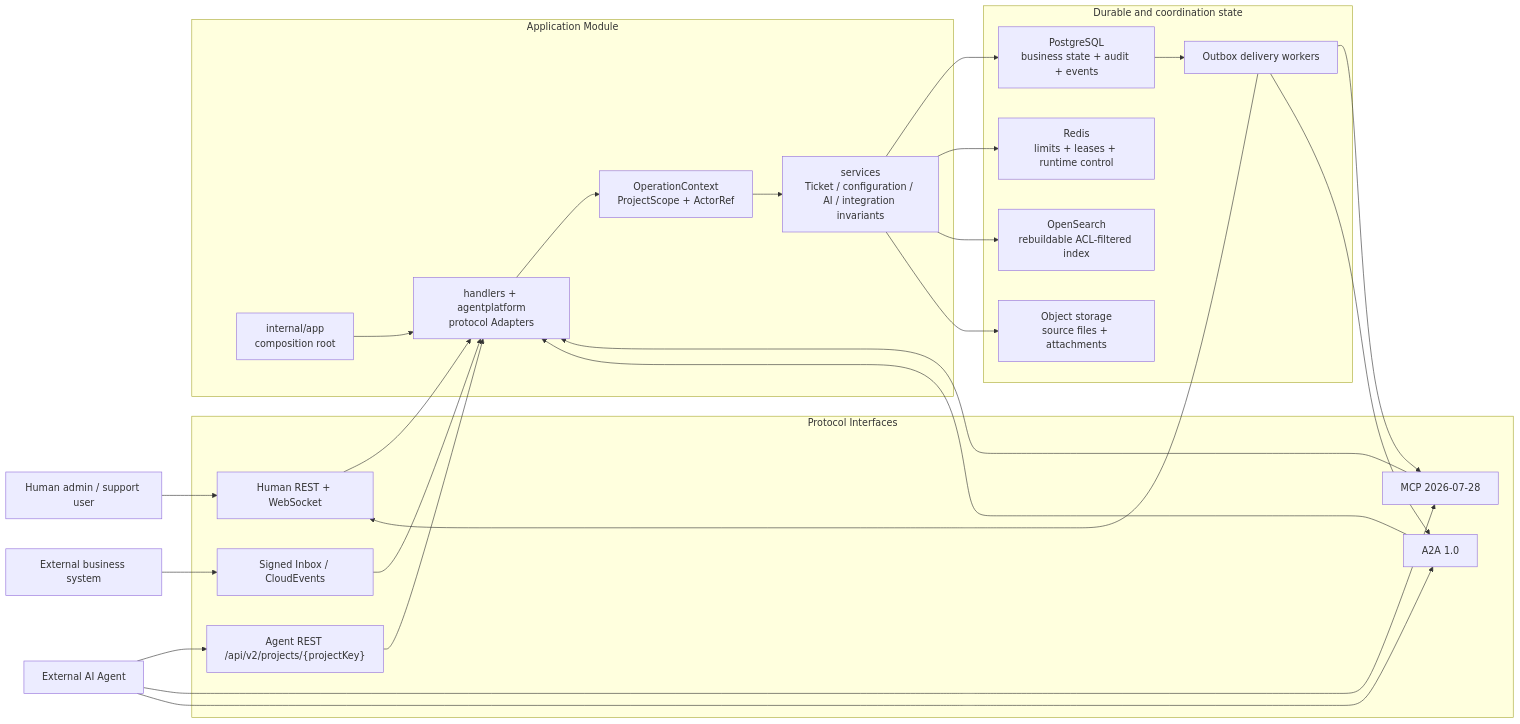
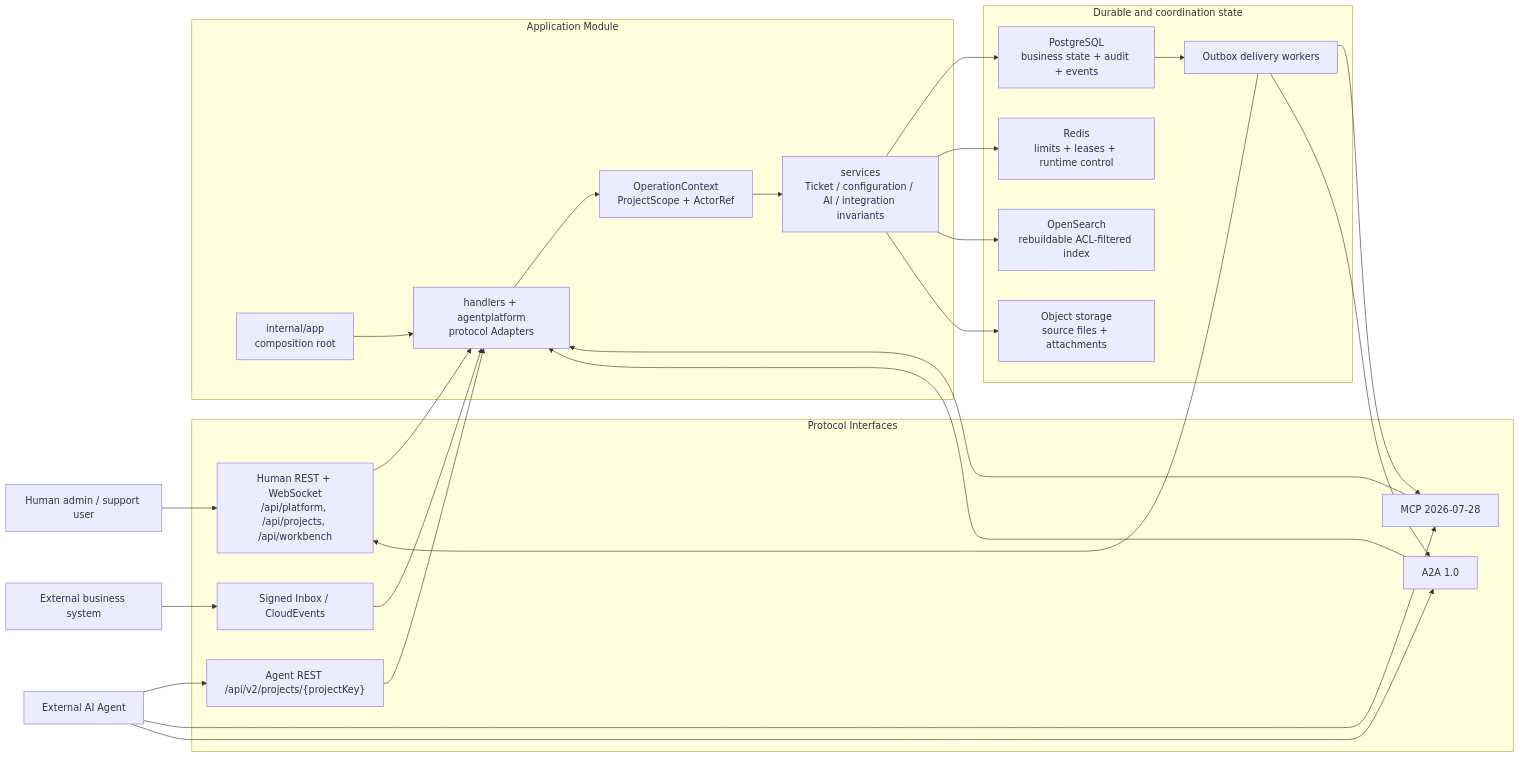
Before and after one commit to seaworld008/chronodesk: the diagram in ARCHITECTURE.md, drawn with Mermaid. The commit also changed other lines of this file and 327 other files, not shown here.

````diff
--- a/ARCHITECTURE.md
+++ b/ARCHITECTURE.md
@@ -13,51 +13,51 @@
 ```mermaid
 flowchart LR
     Human["Human admin / support user"]
     Agent["External AI Agent"]
     System["External business system"]
 
     subgraph Interfaces["Protocol Interfaces"]
-        HumanREST["Human REST + WebSocket"]
+        HumanREST["Human REST + WebSocket\n/api/platform, /api/projects, /api/workbench"]
         AgentREST["Agent REST /api/v2/projects/{projectKey}"]
         MCP["MCP 2026-07-28"]
         A2A["A2A 1.0"]
         Connector["Signed Inbox / CloudEvents"]
     end
 
     subgraph App["Application Module"]
         Composition["internal/app\ncomposition root"]
         Adapters["handlers + agentplatform\nprotocol Adapters"]
         Scope["OperationContext\nProjectScope + ActorRef"]
         Domain["services\nTicket / configuration / AI / integration invariants"]
     end
 
     subgraph State["Durable and coordination state"]
         PG["PostgreSQL\nbusiness state + audit + events"]
         Redis["Redis\nlimits + leases + runtime control"]
         Search["OpenSearch\nrebuildable ACL-filtered index"]
         Objects["Object storage\nsource files + attachments"]
         Outbox["Outbox delivery workers"]
     end
 
     Human --> HumanREST
     Agent --> AgentREST
     Agent --> MCP
     Agent --> A2A
     System --> Connector
     HumanREST --> Adapters
     AgentREST --> Adapters
     MCP --> Adapters
     A2A --> Adapters
     Connector --> Adapters
     Composition --> Adapters
     Adapters --> Scope
     Scope --> Domain
     Domain --> PG
     Domain --> Redis
     Domain --> Search
     Domain --> Objects
     PG --> Outbox
     Outbox --> HumanREST
     Outbox --> MCP
     Outbox --> A2A
 ```
````
